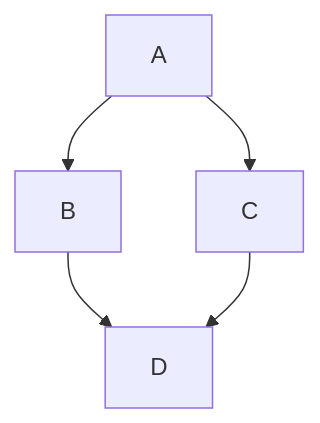
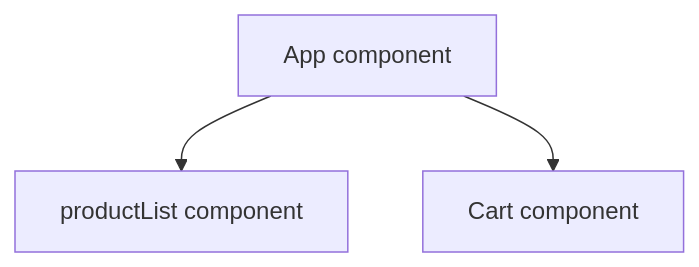
Before and after one commit to shaksham08/Microfrontend-learning: the diagram in README.md, drawn with Mermaid. The commit also changed other lines of this file, not shown here.

Commit message:
✨ updated readme

````diff
--- a/README.md
+++ b/README.md
@@ -26,7 +31,5 @@
 ```mermaid
   graph TD;
-      A-->B;
-      A-->C;
-      B-->D;
-      C-->D;
+      A[App component]-->B[productList component];
+      A-->C[Cart component];
 ```
````
